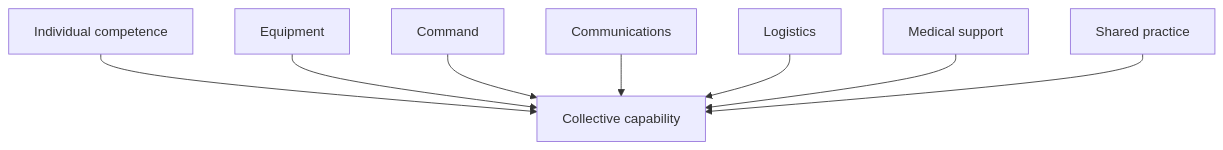
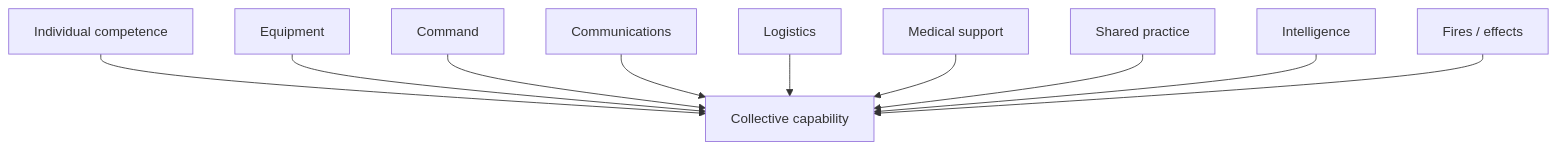
Before and after one commit to josefsbreakfast/Polaris-Protocol: the first of 5 diagrams in 🌓_3_In_The_Moment/📲_Press_Matters/🌊_Playing_Defence/🪖_Training_Debrief/🪖_what_training_is_for.md, drawn with Mermaid. The commit also changed other lines of this file, not shown here.

````diff
--- a/🌓_3_In_The_Moment/📲_Press_Matters/🌊_Playing_Defence/🪖_Training_Debrief/🪖_what_training_is_for.md
+++ b/🌓_3_In_The_Moment/📲_Press_Matters/🌊_Playing_Defence/🪖_Training_Debrief/🪖_what_training_is_for.md
@@ -70,10 +89,12 @@
 ```mermaid
 flowchart TD
     A["Individual competence"] --> H["Collective capability"]
     B["Equipment"] --> H
     C["Command"] --> H
     D["Communications"] --> H
     E["Logistics"] --> H
     F["Medical support"] --> H
     G["Shared practice"] --> H
+    I["Intelligence"] --> H
+    J["Fires / effects"] --> H
 ```
````
